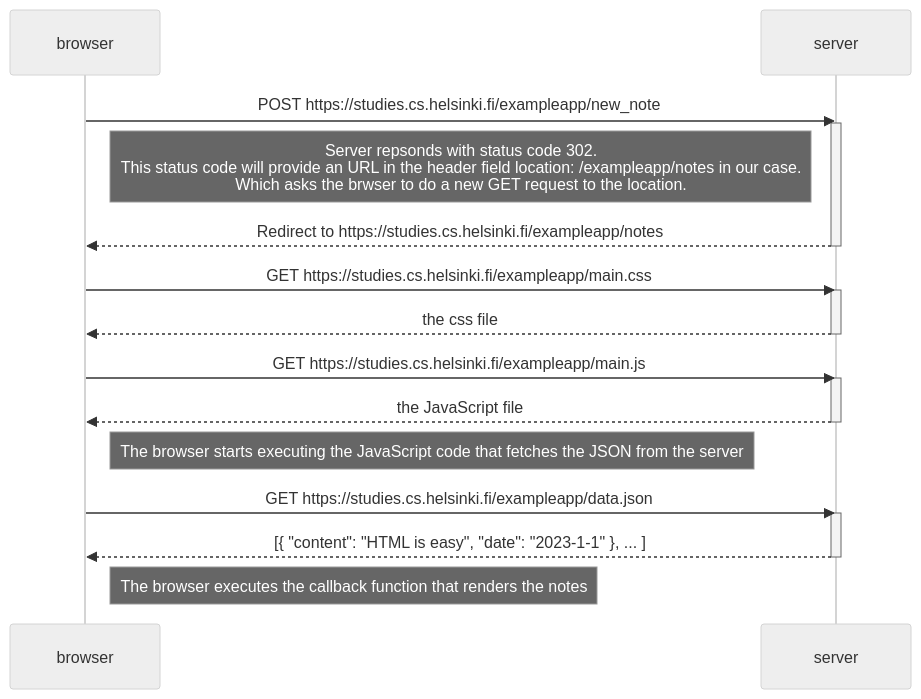
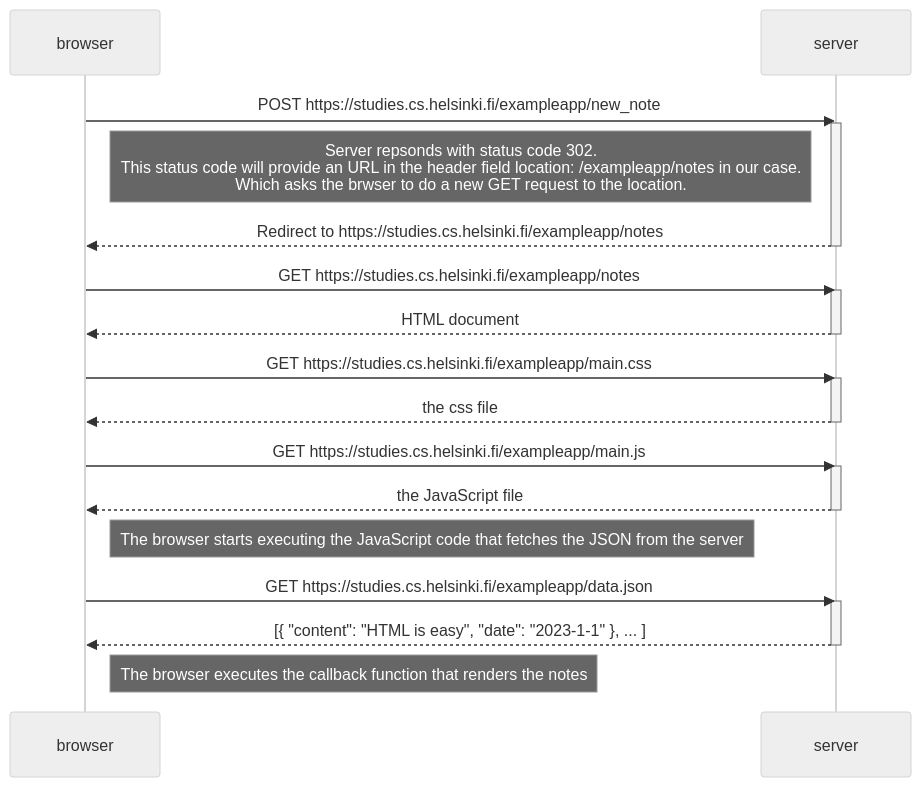
The diagram in part0/04/new_note_diagram.md (KaomN/full_stack_open), drawn with Mermaid (neutral theme) before and after one commit.

````diff
--- a/part0/04/new_note_diagram.md
+++ b/part0/04/new_note_diagram.md
@@ -1,30 +1,35 @@
 ```mermaid
 sequenceDiagram
 	participant browser
 	participant server
 	
 	browser->>server: POST https://studies.cs.helsinki.fi/exampleapp/new_note
 	activate server
 	Note left of server: Server repsonds with status code 302.<br/>This status code will provide an URL in the header field location: /exampleapp/notes in our case.<br/> Which asks the brwser to do a new GET request to the location.
 	server-->>browser: Redirect to https://studies.cs.helsinki.fi/exampleapp/notes
+	deactivate server
+
+	browser->>server: GET https://studies.cs.helsinki.fi/exampleapp/notes
+	activate server
+	server-->>browser: HTML document
 	deactivate server
 	
 	browser->>server: GET https://studies.cs.helsinki.fi/exampleapp/main.css
 	activate server
 	server-->>browser: the css file
 	deactivate server
 	
 	browser->>server: GET https://studies.cs.helsinki.fi/exampleapp/main.js
 	activate server
 	server-->>browser: the JavaScript file
 	deactivate server
 	
 	Note right of browser: The browser starts executing the JavaScript code that fetches the JSON from the server
 	
 	browser->>server: GET https://studies.cs.helsinki.fi/exampleapp/data.json
 	activate server
 	server-->>browser: [{ "content": "HTML is easy", "date": "2023-1-1" }, ... ]
 	deactivate server    
 
 	Note right of browser: The browser executes the callback function that renders the notes
 ```
````
